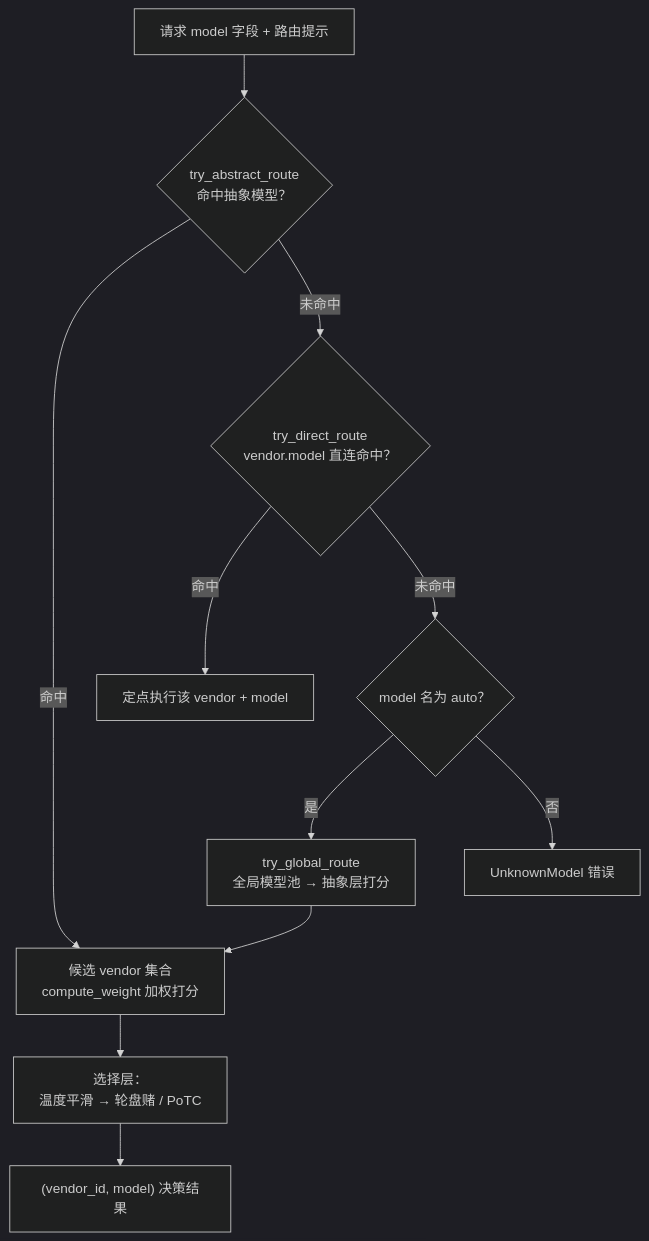
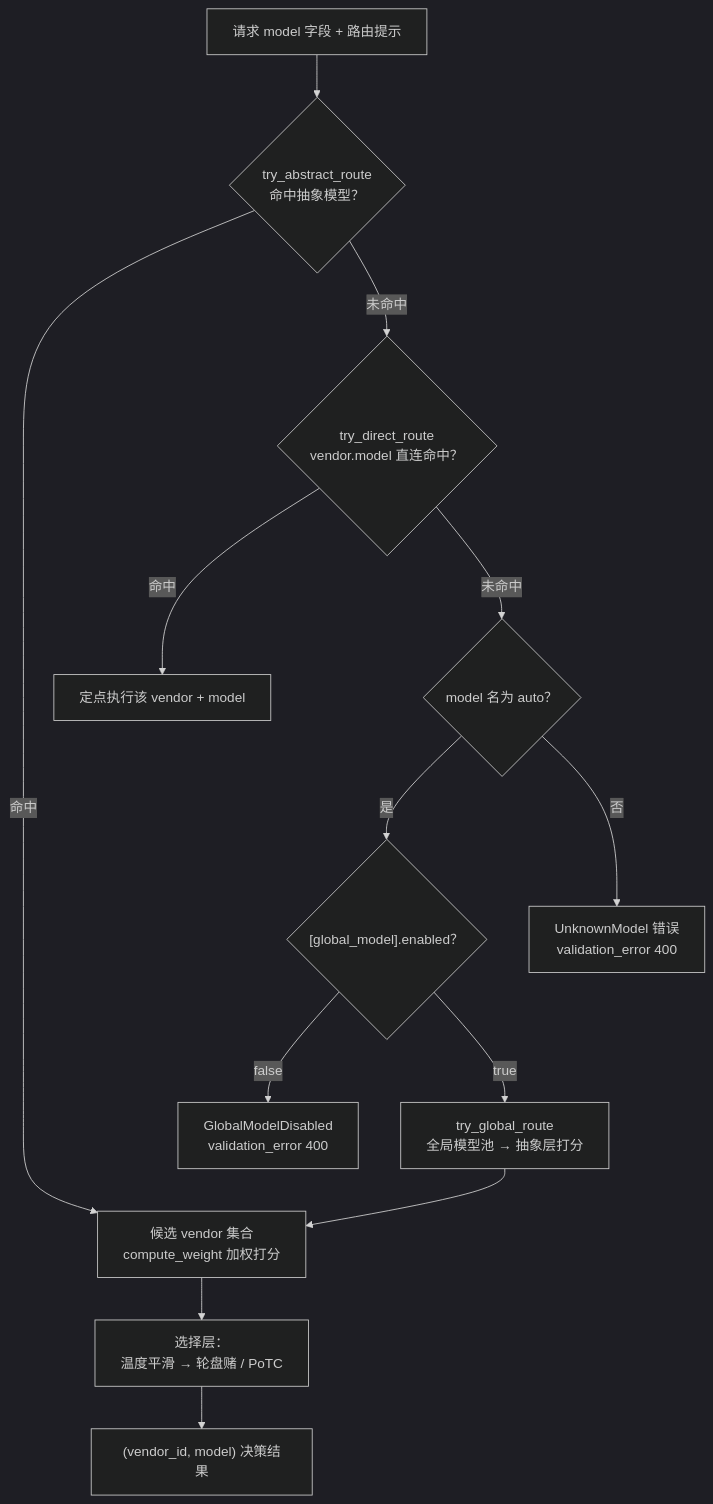
The third of 9 diagrams in docs/ARCHITECTURE.md (Kirky-X/fluxgate), drawn with Mermaid (dark theme) before and after one commit. The commit also changed other lines of this file and 44 other files, not shown here.

````diff
--- a/docs/ARCHITECTURE.md
+++ b/docs/ARCHITECTURE.md
@@ -224,13 +224,15 @@
 ```mermaid
 flowchart TB
     REQ["请求 model 字段 + 路由提示"] --> S1{"try_abstract_route<br/>命中抽象模型？"}
     S1 -->|命中| SCORE["候选 vendor 集合<br/>compute_weight 加权打分"]
     S1 -->|未命中| S2{"try_direct_route<br/>vendor.model 直连命中？"}
     S2 -->|命中| EXEC["定点执行该 vendor + model"]
     S2 -->|未命中| S3{"model 名为 auto？"}
-    S3 -->|是| GLOB["try_global_route<br/>全局模型池 → 抽象层打分"]
-    S3 -->|否| ERR["UnknownModel 错误"]
+    S3 -->|是| SW{"[global_model].enabled？"}
+    S3 -->|否| ERR["UnknownModel 错误<br/>validation_error 400"]
+    SW -->|false| DISABLED["GlobalModelDisabled<br/>validation_error 400"]
+    SW -->|true| GLOB["try_global_route<br/>全局模型池 → 抽象层打分"]
     GLOB --> SCORE
     SCORE --> SEL["选择层：<br/>温度平滑 → 轮盘赌 / PoTC"]
     SEL --> OUT["(vendor_id, model) 决策结果"]
 ```
````
